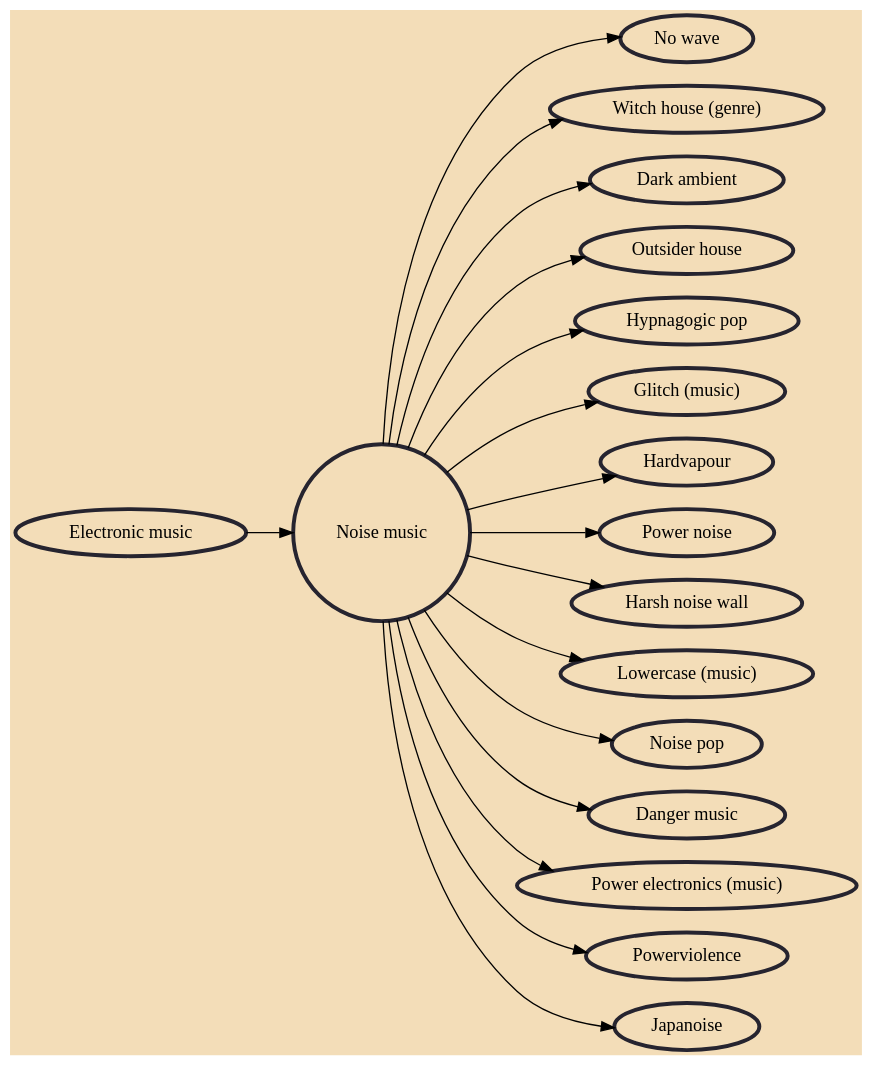
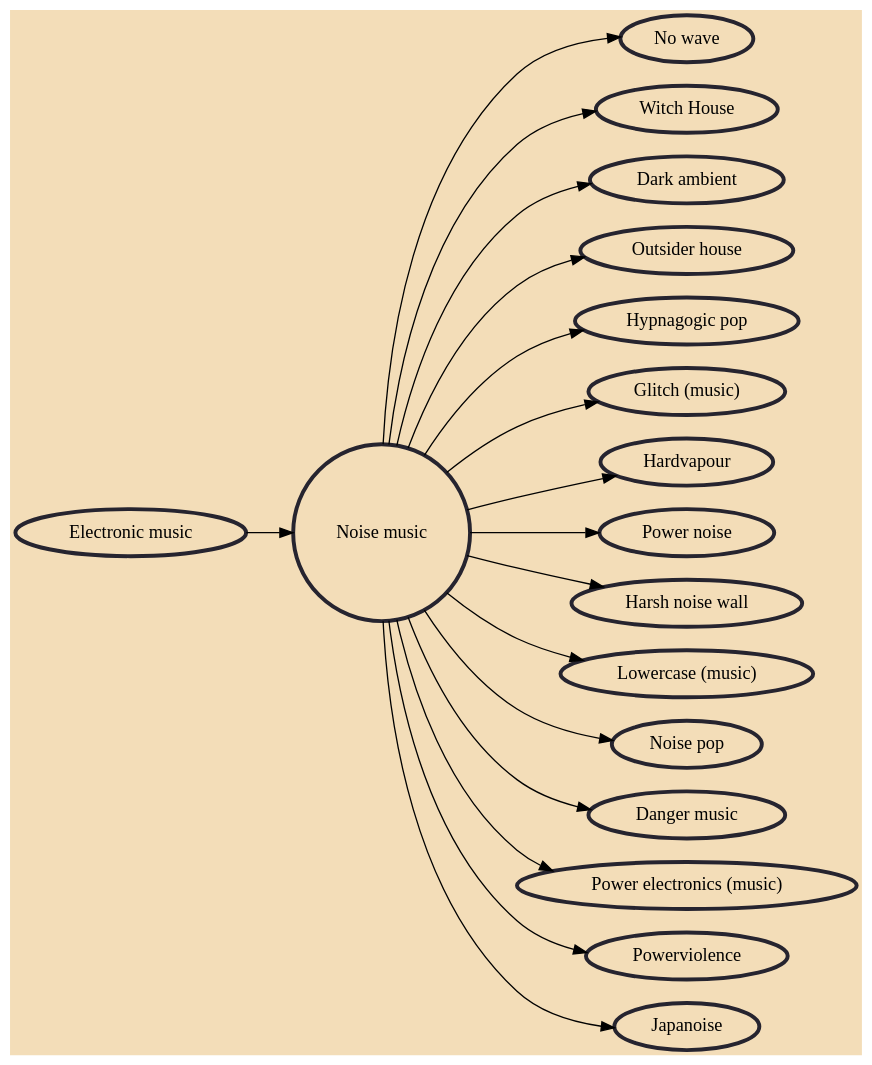
The diagram in Music/Noise music.md (avengerpenguin/musicgenres), drawn with Graphviz before and after one commit. The commit also changed other lines of this file and 9 other files, not shown here.

Commit message:
Simplify Witch House (genre) to just Witch House

````diff
--- a/Music/Noise music.md
+++ b/Music/Noise music.md
@@ -6,39 +6,39 @@
 ```dot
 digraph {
 	graph [bgcolor="#F3DDB8" rankdir=LR]
 	node [color="#26242F" penwidth=3.0]
 	"Noise music" [shape=circle]
 	"Electronic music" [URL="/electronic-music/"]
 	"Electronic music" -> "Noise music"
 	"No wave" [URL="/no-wave/"]
 	"Noise music" -> "No wave"
-	"Witch house (genre)" [URL="/witch-house-genre/"]
-	"Noise music" -> "Witch house (genre)"
+	"Witch House" [URL="/witch-house/"]
+	"Noise music" -> "Witch House"
 	"Dark ambient" [URL="/dark-ambient/"]
 	"Noise music" -> "Dark ambient"
 	"Outsider house" [URL="/outsider-house/"]
 	"Noise music" -> "Outsider house"
 	"Hypnagogic pop" [URL="/hypnagogic-pop/"]
 	"Noise music" -> "Hypnagogic pop"
 	"Glitch (music)" [URL="/glitch-music/"]
 	"Noise music" -> "Glitch (music)"
 	Hardvapour [URL="/hardvapour/"]
 	"Noise music" -> Hardvapour
 	"Power noise" [URL="/power-noise/"]
 	"Noise music" -> "Power noise"
 	"Harsh noise wall" [URL="/harsh-noise-wall/"]
 	"Noise music" -> "Harsh noise wall"
 	"Lowercase (music)" [URL="/lowercase-music/"]
 	"Noise music" -> "Lowercase (music)"
 	"Noise pop" [URL="/noise-pop/"]
 	"Noise music" -> "Noise pop"
 	"Danger music" [URL="/danger-music/"]
 	"Noise music" -> "Danger music"
 	"Power electronics (music)" [URL="/power-electronics-music/"]
 	"Noise music" -> "Power electronics (music)"
 	Powerviolence [URL="/powerviolence/"]
 	"Noise music" -> Powerviolence
 	Japanoise [URL="/japanoise/"]
 	"Noise music" -> Japanoise
 }
 ```
````
